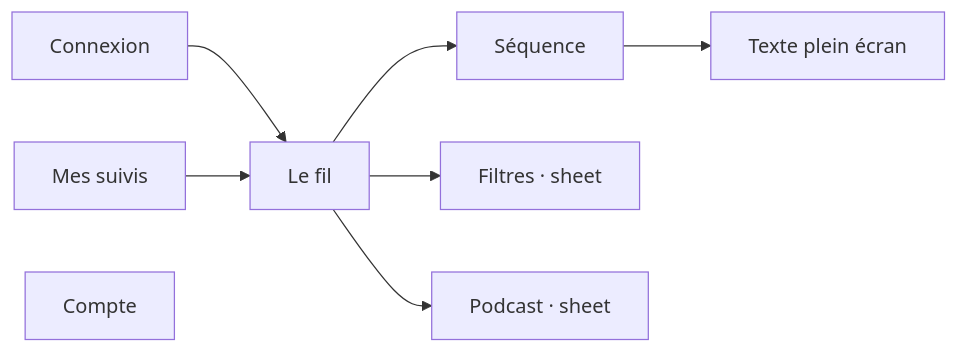
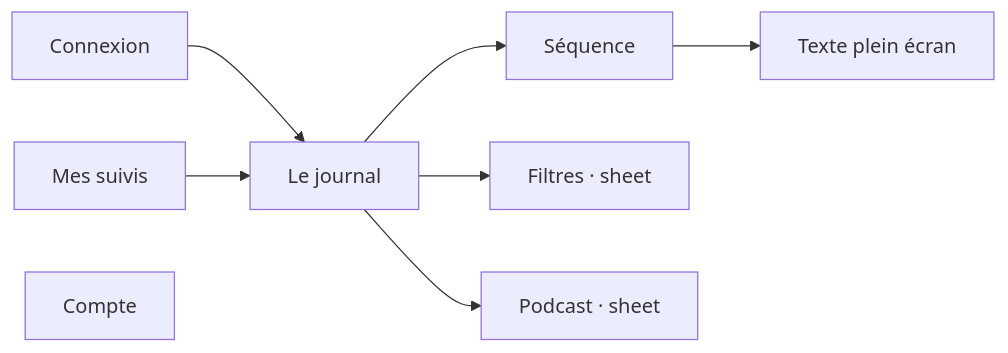
Before and after one commit to sutter/infometrie-ios-app: the diagram in aidd_docs/memory/navigation.md, drawn with Mermaid. The commit also changed other lines of this file and 7 other files, not shown here.

First line of the commit message:
feat(ui): rename the feed page to "Le journal"

````diff
--- a/aidd_docs/memory/navigation.md
+++ b/aidd_docs/memory/navigation.md
@@ -14,10 +14,10 @@
 ```mermaid
 flowchart LR
-    Login["Connexion"] --> Feed["Le fil"]
+    Login["Connexion"] --> Feed["Le journal"]
     Feed --> Sequence["Séquence"]
     Sequence --> Fullscreen["Texte plein écran"]
     Feed --> Filters["Filtres · sheet"]
     Feed --> Podcast["Podcast · sheet"]
     Saved["Mes suivis"] --> Feed
     Account["Compte"]
 ```
````
